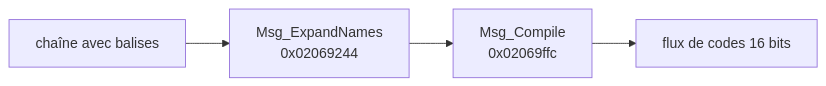
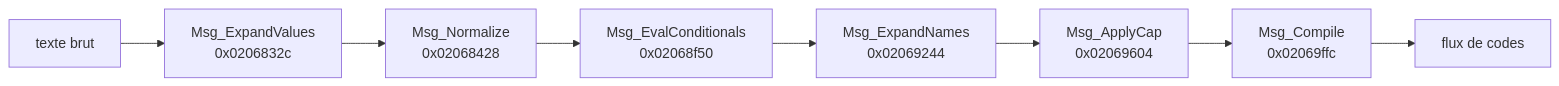
One commit to FabLrc/dq9-rust changed the diagram in docs/re/text.md. Above: the diagram before and after it, drawn with Mermaid. The commit also changed other lines of this file and 10 other files, not shown here.

````diff
--- a/docs/re/text.md
+++ b/docs/re/text.md
@@ -25,4 +26,5 @@
 ```mermaid
 flowchart LR
-    s[chaîne avec balises] --> e[Msg_ExpandNames<br/>0x02069244] --> c[Msg_Compile<br/>0x02069ffc] --> o[flux de codes 16 bits]
+    s[texte brut] --> v[Msg_ExpandValues<br/>0x0206832c] --> n[Msg_Normalize<br/>0x02068428] --> c[Msg_EvalConditionals<br/>0x02068f50]
+    c --> e[Msg_ExpandNames<br/>0x02069244] --> k[Msg_ApplyCap<br/>0x02069604] --> m[Msg_Compile<br/>0x02069ffc] --> o[flux de codes]
 ```
````
